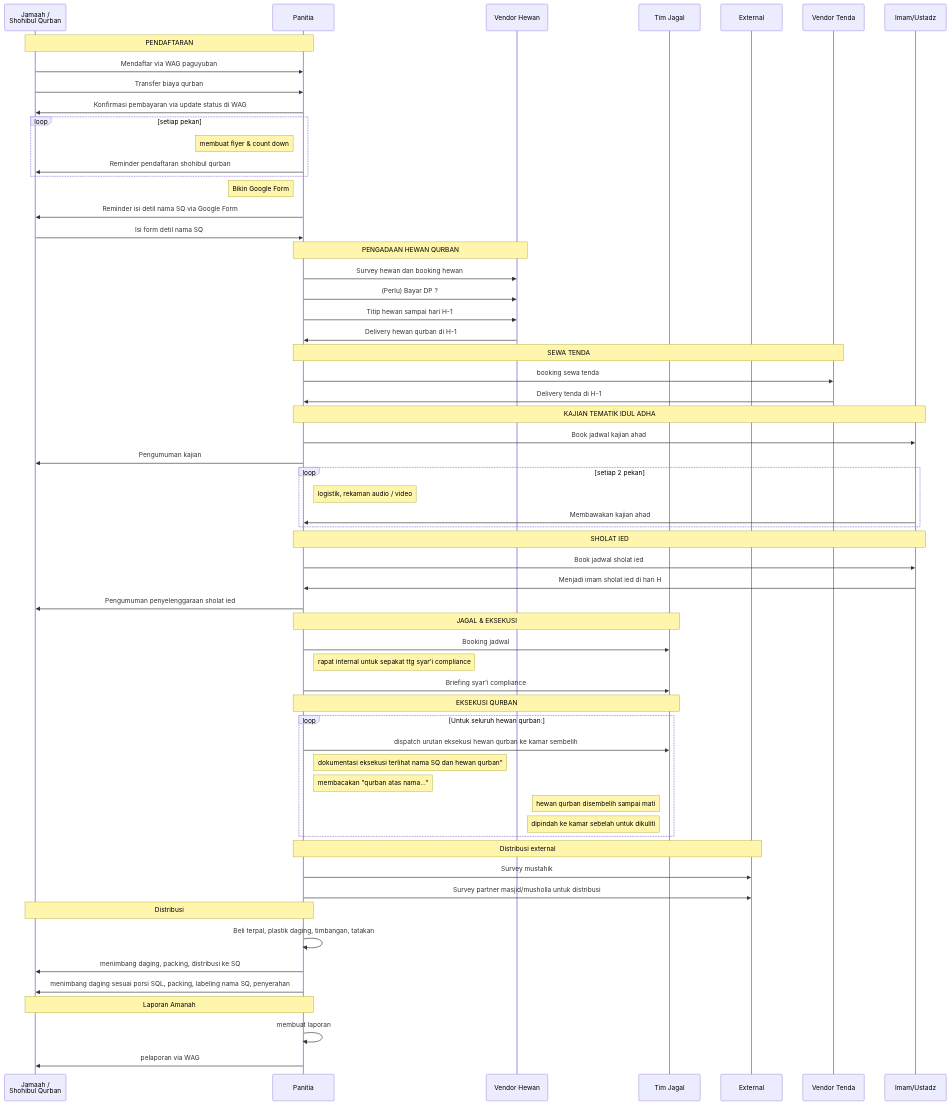
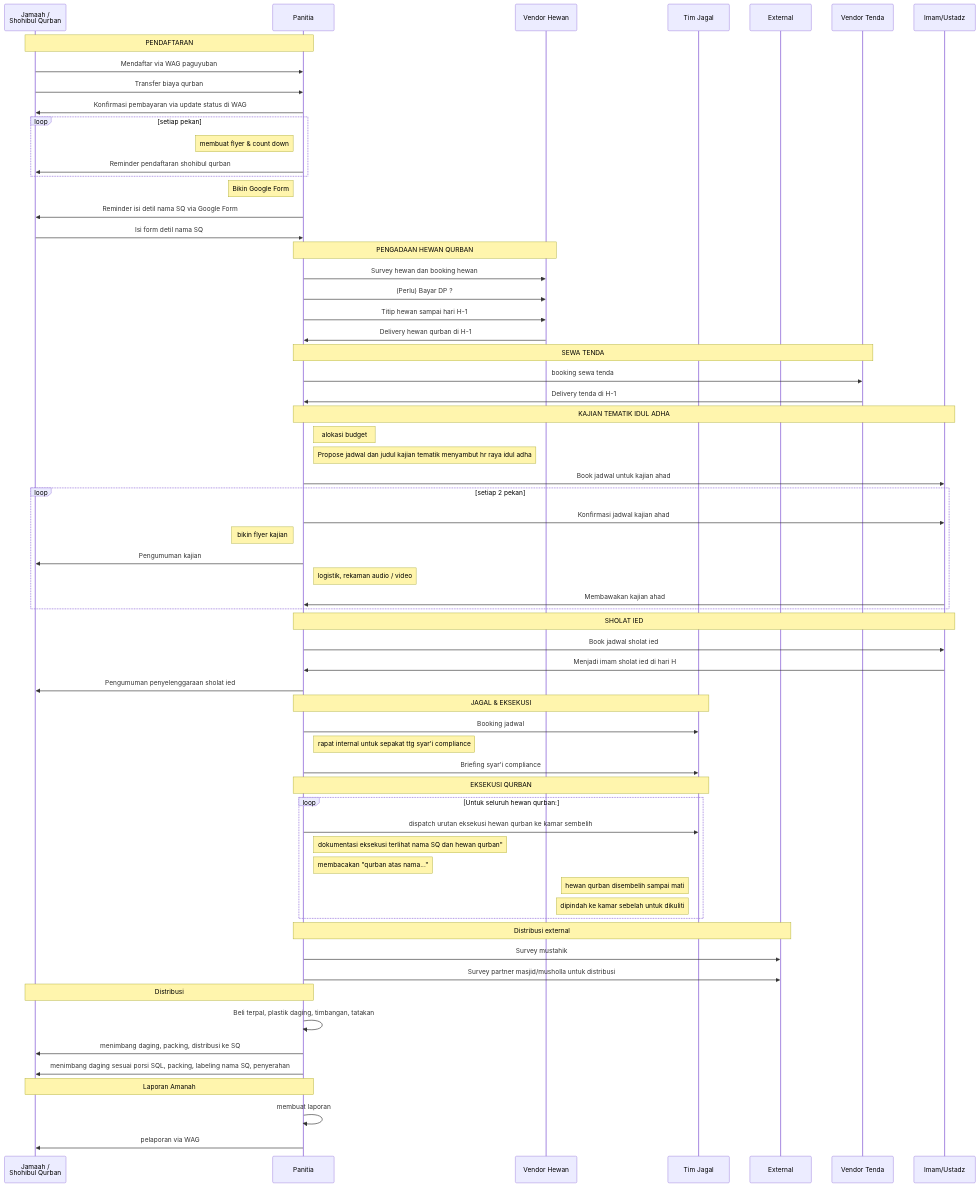
Before and after one commit to ardhynugroho/qurban: the first of 3 diagrams in README.md, drawn with Mermaid. The commit also changed other lines of this file, not shown here.

````diff
--- a/README.md
+++ b/README.md
@@ -39,9 +39,13 @@
 
     %%
     note over pa, im: KAJIAN TEMATIK IDUL ADHA
-    pa->>im: Book jadwal kajian ahad
-    pa->>sq: Pengumuman kajian
+    note right of pa: alokasi budget
+    note right of pa: Propose jadwal dan judul kajian tematik menyambut hr raya idul adha
+    pa->>im: Book jadwal untuk kajian ahad
     loop setiap 2 pekan
+      pa->>im: Konfirmasi jadwal kajian ahad
+      note left of pa: bikin flyer kajian
+      pa->>sq: Pengumuman kajian
       note right of pa: logistik, rekaman audio / video
       im->>pa: Membawakan kajian ahad
     end
@@ -80,5 +84,4 @@
     note over sq, pa: Laporan Amanah
     pa->>pa: membuat laporan
     pa->>sq: pelaporan via WAG
-
 ```
````
